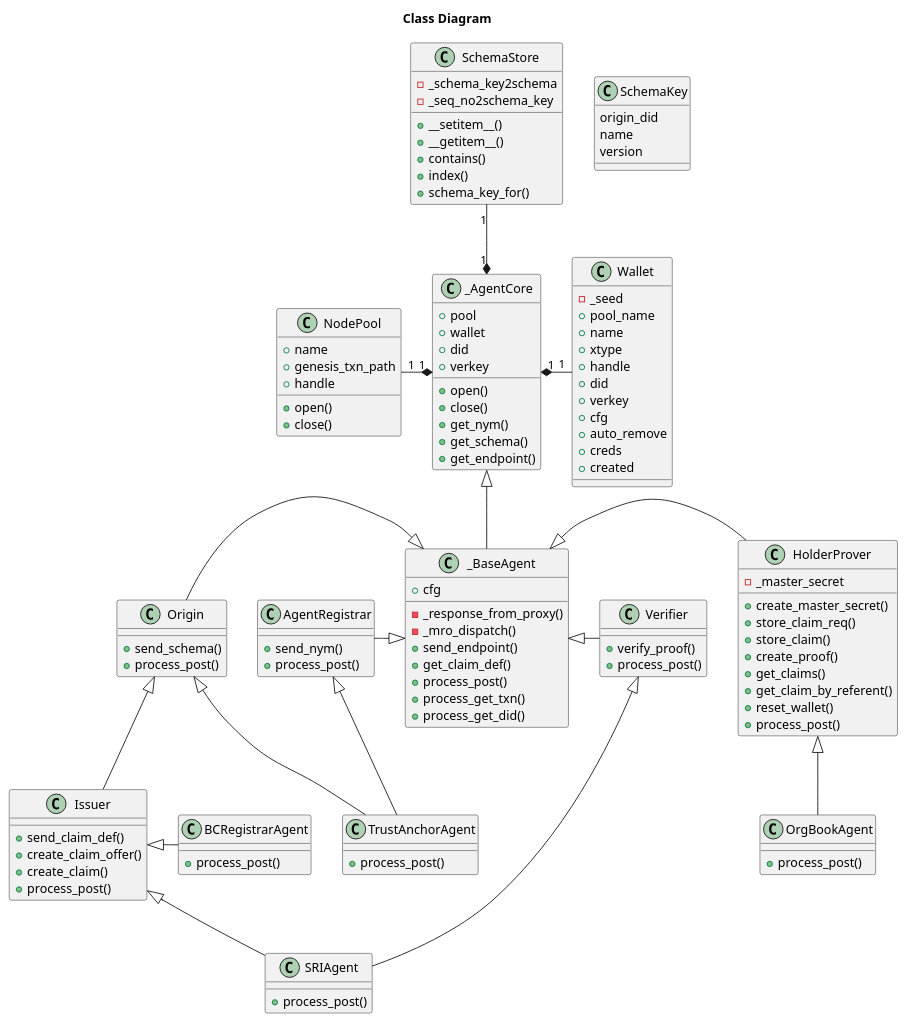
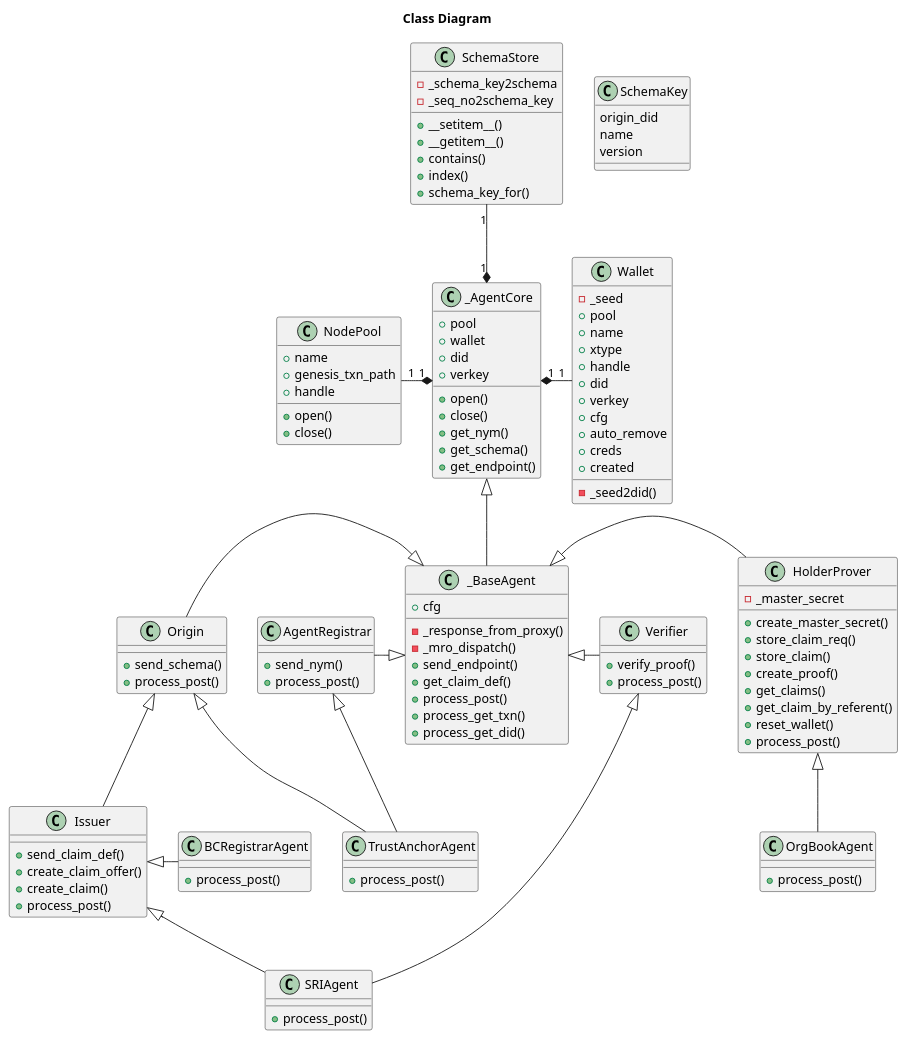
Before and after one commit to PSPC-SPAC-buyandsell/von_base: the diagram in doc/pic/src/class.puml, drawn with PlantUML. The commit also changed 2 other files, not shown here.

Commit message:
temporary seed2did wallet

```diff
--- a/doc/pic/src/class.puml
+++ b/doc/pic/src/class.puml
@@ -1,152 +1,153 @@
 @startuml
 /'
 Copyright 2017-2018 Government of Canada - Public Services and Procurement Canada - buyandsell.gc.ca
 
 Licensed under the Apache License, Version 2.0 (the "License");
 you may not use this file except in compliance with the License.
 You may obtain a copy of the License at
 
 http://www.apache.org/licenses/LICENSE-2.0
 
 Unless required by applicable law or agreed to in writing, software
 distributed under the License is distributed on an "AS IS" BASIS,
 WITHOUT WARRANTIES OR CONDITIONS OF ANY KIND, either express or implied.
 See the License for the specific language governing permissions and
 limitations under the License.
 '/
 
 title Class Diagram
 
 class SchemaKey {
     origin_did
     name
     version
 }
 
 class SchemaStore {
     -_schema_key2schema
     -_seq_no2schema_key
     +__setitem__()
     +__getitem__()
     +contains()
     +index()
     +schema_key_for()
 }
 
 class Wallet {
     -_seed
-    +pool_name
+    +pool
     +name
     +xtype
     +handle
     +did
     +verkey
     +cfg
     +auto_remove
     +creds
     +created
+    -_seed2did()
 }
 
 class NodePool {
     +name
     +genesis_txn_path
     +handle
     +open()
     +close()
 }
 
 class _AgentCore {
     +pool
     +wallet
     +did
     +verkey
     +open()
     +close()
     +get_nym()
     +get_schema()
     +get_endpoint()
 }
 
 class _BaseAgent {
     +cfg
     -_response_from_proxy()
     -_mro_dispatch()
     +send_endpoint()
     +get_claim_def()
     +process_post()
     +process_get_txn()
     +process_get_did()
 }
 
 class AgentRegistrar {
     +send_nym()
     +process_post()
 }
 
 class Origin {
     +send_schema()
     +process_post()
 }
 
 class Issuer {
     +send_claim_def()
     +create_claim_offer()
     +create_claim()
     +process_post()
 }
 
 class HolderProver {
     -_master_secret
     +create_master_secret()
     +store_claim_req()
     +store_claim()
     +create_proof()
     +get_claims()
     +get_claim_by_referent()
     +reset_wallet()
     +process_post()
 }
 
 class Verifier {
     +verify_proof()
     +process_post()
 }
 
 class TrustAnchorAgent {
     +process_post()
 }
 
 class SRIAgent {
     +process_post()
 }
 
 class BCRegistrarAgent {
     +process_post()
 }
 
 class OrgBookAgent {
     +process_post()
 }
 
 _AgentCore "1" *-up- "1" SchemaStore
 _AgentCore "1" *-left- "1" NodePool
 _AgentCore "1" *-right- "1" Wallet
 
 _AgentCore <|-down- _BaseAgent
 _BaseAgent <|-left- AgentRegistrar
 _BaseAgent <|-left- Origin
 _BaseAgent <|-right- HolderProver
 _BaseAgent <|-right- Verifier
 
 AgentRegistrar <|-down- TrustAnchorAgent
 Origin <|-down- TrustAnchorAgent
 Origin <|-down- Issuer
 
 Issuer <|-down- SRIAgent
 Verifier <|-down- SRIAgent
 
 Issuer <|- BCRegistrarAgent
 
 HolderProver <|-down- OrgBookAgent
 
 @enduml
```
